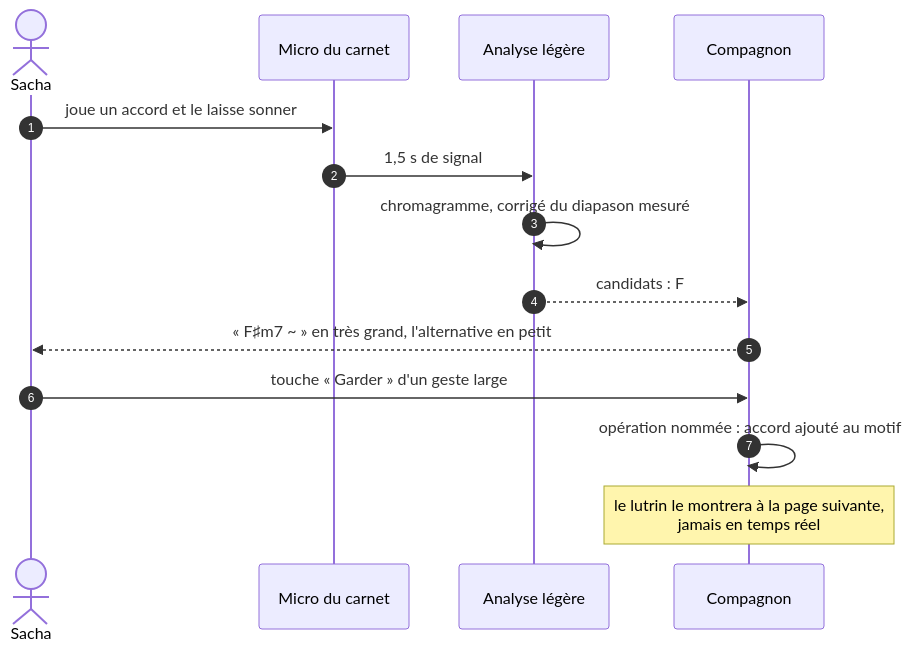
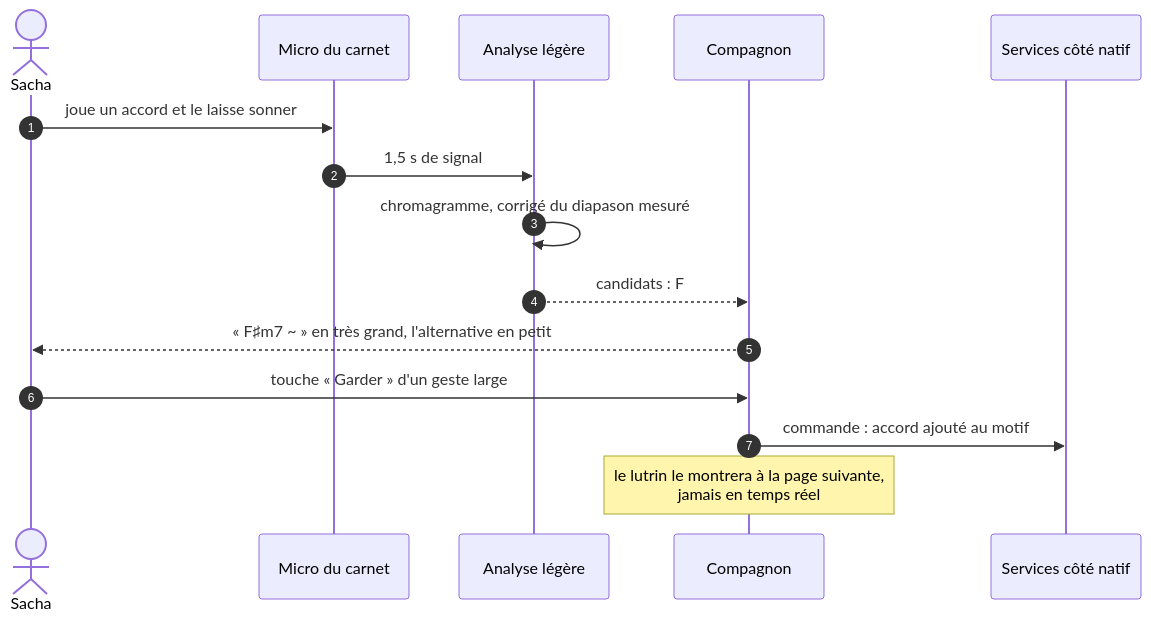
One commit to EdouardZemb/pupitre changed the sixth of 13 diagrams in docs/40-architecture.md. Above: the diagram before and after it, drawn with Mermaid. The commit also changed other lines of this file and 24 other files, not shown here.

````diff
--- a/docs/40-architecture.md
+++ b/docs/40-architecture.md
@@ -220,16 +239,17 @@
 ```mermaid
 sequenceDiagram
   autonumber
   actor S as Sacha
   participant M as Micro du carnet
   participant W as Analyse légère
   participant UI as Compagnon
+  participant SV as Services côté natif
   S->>M: joue un accord et le laisse sonner
   M->>W: 1,5 s de signal
   W->>W: chromagramme, corrigé du diapason mesuré
   W-->>UI: candidats : F#m7 0,62 · A6 0,31
   UI-->>S: « F♯m7 ~ » en très grand, l'alternative en petit
   S->>UI: touche « Garder » d'un geste large
-  UI->>UI: opération nommée : accord ajouté au motif
+  UI->>SV: commande : accord ajouté au motif
   Note over UI: le lutrin le montrera à la page suivante,<br/>jamais en temps réel
 ```
````
